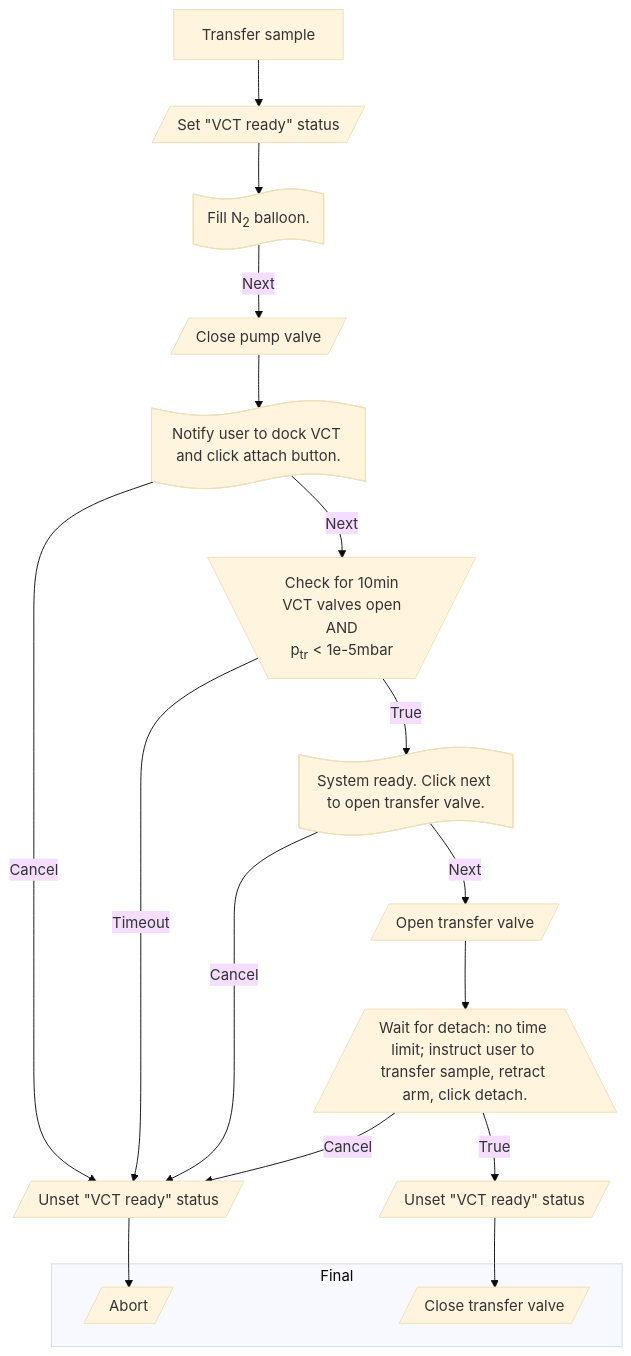
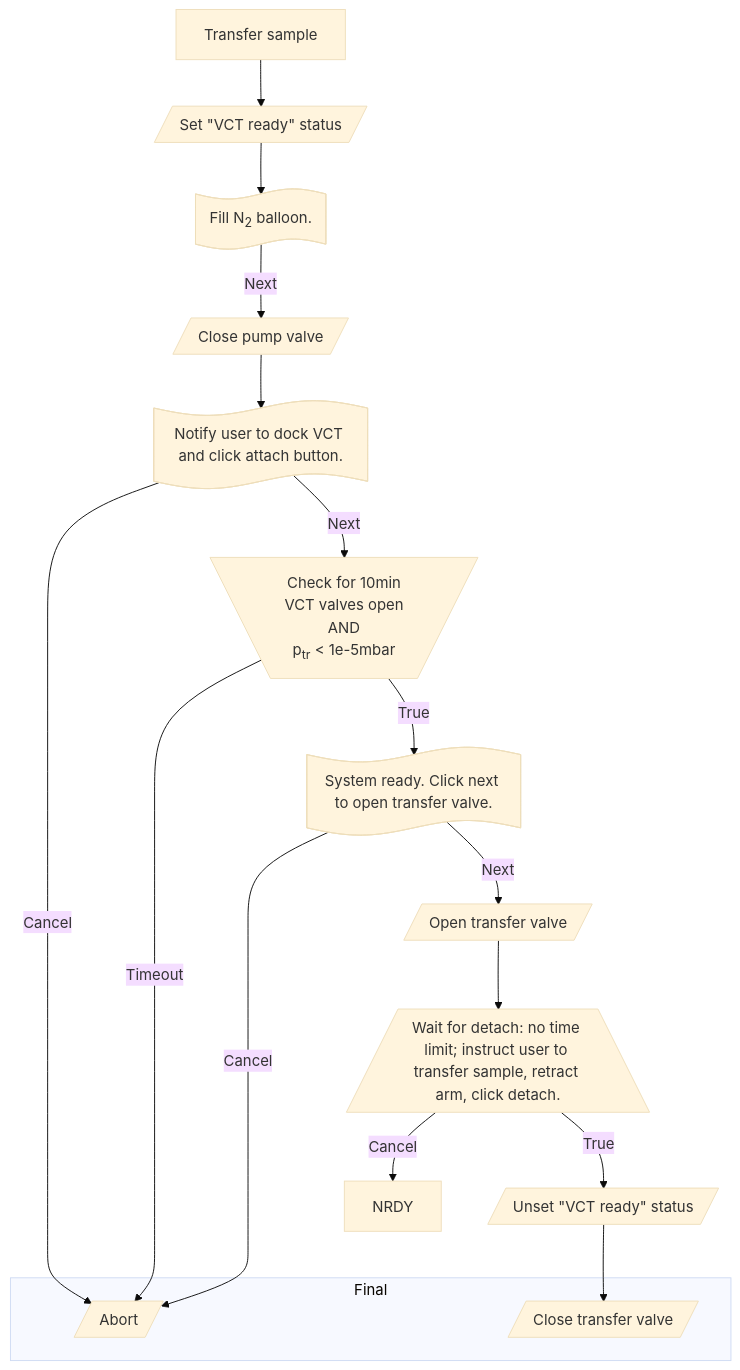
Before and after one commit to parkourlrc/pcb-trappitsch--cryostorage-42fec10e6a: diagram 11 of 11 in docs/src/workflows.md, drawn with Mermaid (base theme). The commit also changed other lines of this file and 4 other files, not shown here.

````diff
--- a/docs/src/workflows.md
+++ b/docs/src/workflows.md
@@ -352,26 +362,25 @@
 ```mermaid
   flowchart TD
     PR[Transfer sample] --> RDY
     RDY[/Set "VCT ready" status/] --> N2Not
     N2Not@{ shape: paper-tape, label: "Fill N<sub>2</sub> balloon."} -->|Next| ClPump
     ClPump[/Close pump valve/] --> NAtt
-    NAtt@{ shape: paper-tape, label: "Notify user to dock VCT and click attach button."} -->|Cancel| NRDY
-    NRDY[/Unset "VCT ready" status/] --> Err
+    NAtt@{ shape: paper-tape, label: "Notify user to dock VCT and click attach button."} -->|Cancel| Err 
     NAtt -->|Next| CHKOP[\"Check for 10min
               VCT valves open 
               AND 
               p<sub>tr</sub> < 1e-5mbar"/]
-    CHKOP -->|Timeout| NRDY
+    CHKOP -->|Timeout| Err 
     CHKOP -->|True| NotifyOpTr
-    NotifyOpTr@{ shape: paper-tape, label: "System ready. Click next to open transfer valve."} -->|Cancel| NRDY
+    NotifyOpTr@{ shape: paper-tape, label: "System ready. Click next to open transfer valve."} -->|Cancel| Err 
     NotifyOpTr -->|Next| OpTrV
     OpTrV[/Open transfer valve/] --> WaitForDet
     WaitForDet[/Wait for detach: no time limit; instruct user to transfer sample, retract arm, click detach.\] -->|Cancel| NRDY
     WaitForDet --> |True| NRDYF
     NRDYF[/Unset "VCT ready" status/] --> ClTr
 
     subgraph Level3 [Final]
       Err[/Abort/]
       ClTr[/Close transfer valve/]
     end
 ```
````
